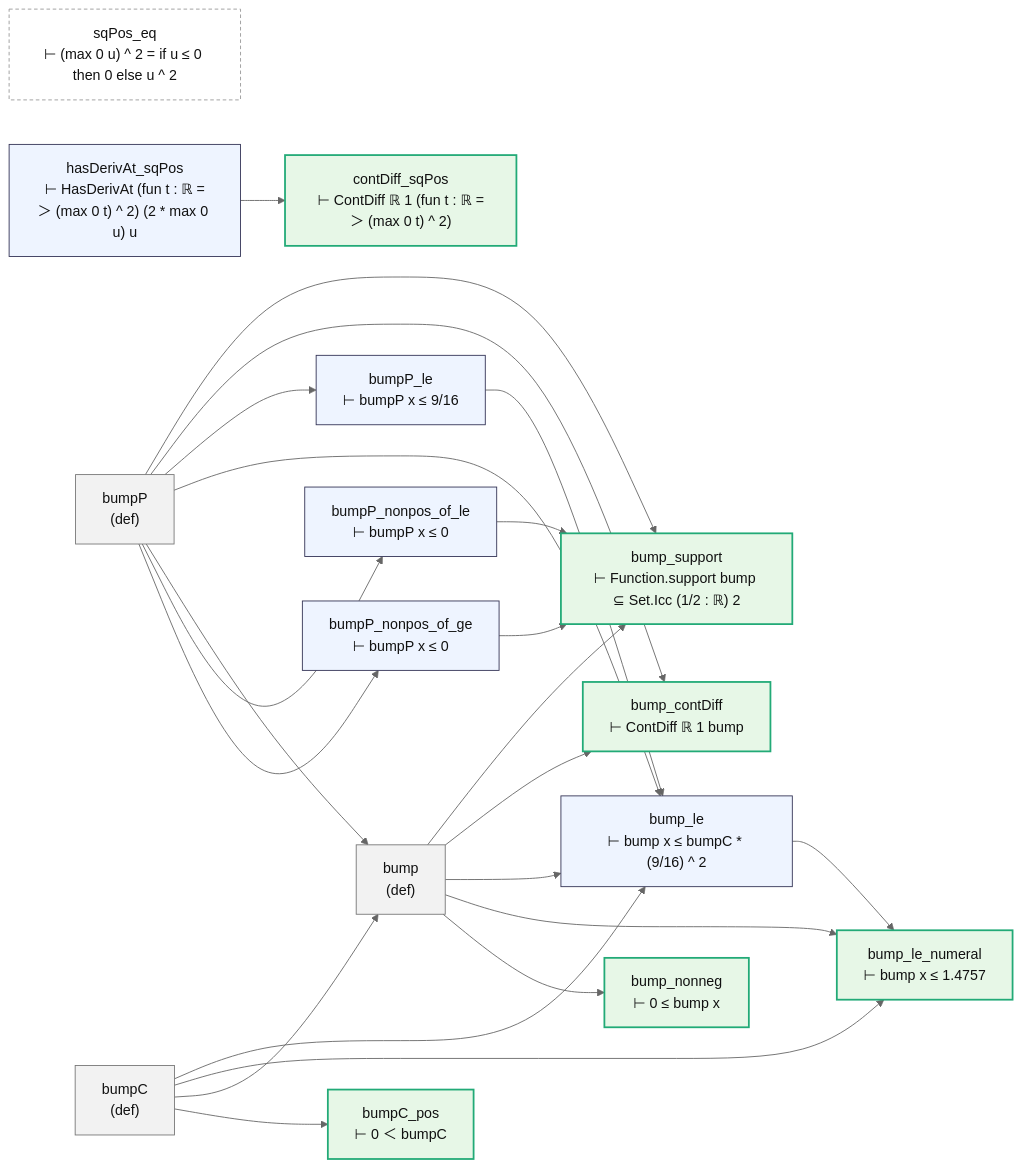
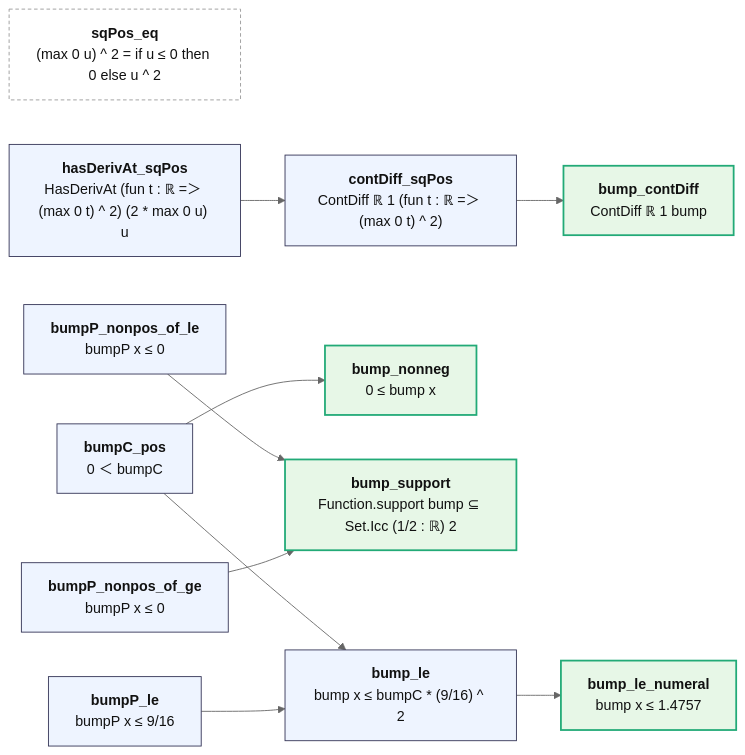
Before and after one commit to juliansambranojr/Primebeat_081426: the diagram in map/lean_stage3/ExplicitBump.md, drawn with Mermaid (neutral theme). The commit also changed other lines of this file and 387 other files, not shown here.

````diff
--- a/map/lean_stage3/ExplicitBump.md
+++ b/map/lean_stage3/ExplicitBump.md
@@ -8,45 +12,28 @@
 ```mermaid
 flowchart LR
-  n0["sqPos_eq<br/>⊢ (max 0 u) ^ 2 = if u ≤ 0 then 0 else u ^ 2"]:::lone
-  n1["hasDerivAt_sqPos<br/>⊢ HasDerivAt (fun t : ℝ =＞ (max 0 t) ^ 2) (2 * max 0 u) u"]:::thm
-  n2["contDiff_sqPos<br/>⊢ ContDiff ℝ 1 (fun t : ℝ =＞ (max 0 t) ^ 2)"]:::end_
-  n3["bumpP<br/>(def)"]:::dfn
-  n4["bumpC<br/>(def)"]:::dfn
-  n5["bump<br/>(def)"]:::dfn
-  n6["bumpP_nonpos_of_le<br/>⊢ bumpP x ≤ 0"]:::thm
-  n7["bumpP_nonpos_of_ge<br/>⊢ bumpP x ≤ 0"]:::thm
-  n8["bumpC_pos<br/>⊢ 0 ＜ bumpC"]:::end_
-  n9["bump_nonneg<br/>⊢ 0 ≤ bump x"]:::end_
-  n10["bump_support<br/>⊢ Function.support bump ⊆ Set.Icc (1/2 : ℝ) 2"]:::end_
-  n11["bump_contDiff<br/>⊢ ContDiff ℝ 1 bump"]:::end_
-  n12["bumpP_le<br/>⊢ bumpP x ≤ 9/16"]:::thm
-  n13["bump_le<br/>⊢ bump x ≤ bumpC * (9/16) ^ 2"]:::thm
-  n14["bump_le_numeral<br/>⊢ bump x ≤ 1.4757"]:::end_
+  n0["<b>sqPos_eq</b><br/>(max 0 u) ^ 2 = if u ≤ 0 then 0 else u ^ 2"]:::lone
+  n1["<b>hasDerivAt_sqPos</b><br/>HasDerivAt (fun t : ℝ =＞ (max 0 t) ^ 2) (2 * max 0 u) u"]:::thm
+  n2["<b>contDiff_sqPos</b><br/>ContDiff ℝ 1 (fun t : ℝ =＞ (max 0 t) ^ 2)"]:::thm
+  n3["<b>bumpP_nonpos_of_le</b><br/>bumpP x ≤ 0"]:::thm
+  n4["<b>bumpP_nonpos_of_ge</b><br/>bumpP x ≤ 0"]:::thm
+  n5["<b>bumpC_pos</b><br/>0 ＜ bumpC"]:::thm
+  n6["<b>bump_nonneg</b><br/>0 ≤ bump x"]:::end_
+  n7["<b>bump_support</b><br/>Function.support bump ⊆ Set.Icc (1/2 : ℝ) 2"]:::end_
+  n8["<b>bump_contDiff</b><br/>ContDiff ℝ 1 bump"]:::end_
+  n9["<b>bumpP_le</b><br/>bumpP x ≤ 9/16"]:::thm
+  n10["<b>bump_le</b><br/>bump x ≤ bumpC * (9/16) ^ 2"]:::thm
+  n11["<b>bump_le_numeral</b><br/>bump x ≤ 1.4757"]:::end_
   n1 --> n2
-  n12 --> n13
-  n13 --> n14
-  n3 --> n10
-  n3 --> n11
-  n3 --> n12
-  n3 --> n13
-  n3 --> n5
-  n3 --> n6
+  n10 --> n11
+  n2 --> n8
   n3 --> n7
-  n4 --> n13
-  n4 --> n14
-  n4 --> n5
-  n4 --> n8
+  n4 --> n7
   n5 --> n10
-  n5 --> n11
-  n5 --> n13
-  n5 --> n14
-  n5 --> n9
-  n6 --> n10
-  n7 --> n10
+  n5 --> n6
+  n9 --> n10
   classDef thm fill:#eef4ff,stroke:#335,color:#111
-  classDef dfn fill:#f2f2f2,stroke:#777,color:#111
   classDef end_ fill:#e7f7e7,stroke:#2a7,color:#111,stroke-width:2px
   classDef lone fill:#fff,stroke:#999,color:#111,stroke-dasharray:4 3
   classDef bad fill:#ffe5e5,stroke:#c22,color:#111,stroke-width:2px
-  classDef ext fill:#fff8e1,stroke:#b80,color:#111,stroke-dasharray:2 2
+  classDef ext fill:#fff8e1,stroke:#b80,color:#111
 ```
````
